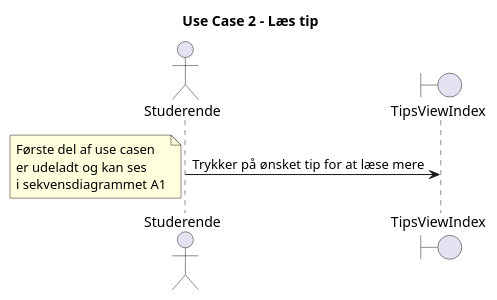
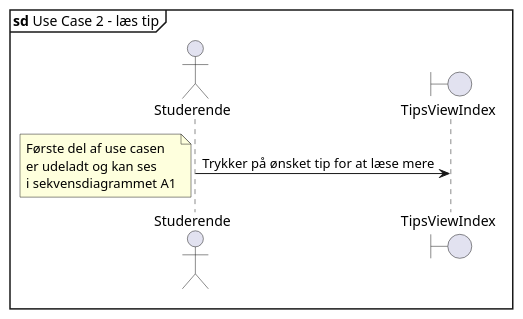
One commit to I4PRJ4/I4PRJ4-plantuml changed the diagram in plantuml/Sequence Diagrams/Arkitektur/UC2.puml. Above: the diagram before and after it, drawn with PlantUML.

Commit message:
added mainframe to arch UC2

```diff
--- a/plantuml/Sequence Diagrams/Arkitektur/UC2.puml
+++ b/plantuml/Sequence Diagrams/Arkitektur/UC2.puml
@@ -1,15 +1,15 @@
 @startuml
-title Use Case 2 - Læs tip
+mainframe **sd** Use Case 2 - læs tip
 
 actor       Studerende       as stud
 boundary       TipsViewIndex       as tipsindex
 
 stud -> tipsindex: Trykker på ønsket tip for at læse mere
 
 note left
 Første del af use casen
 er udeladt og kan ses
 i sekvensdiagrammet A1
 end note
 
 @enduml
```
